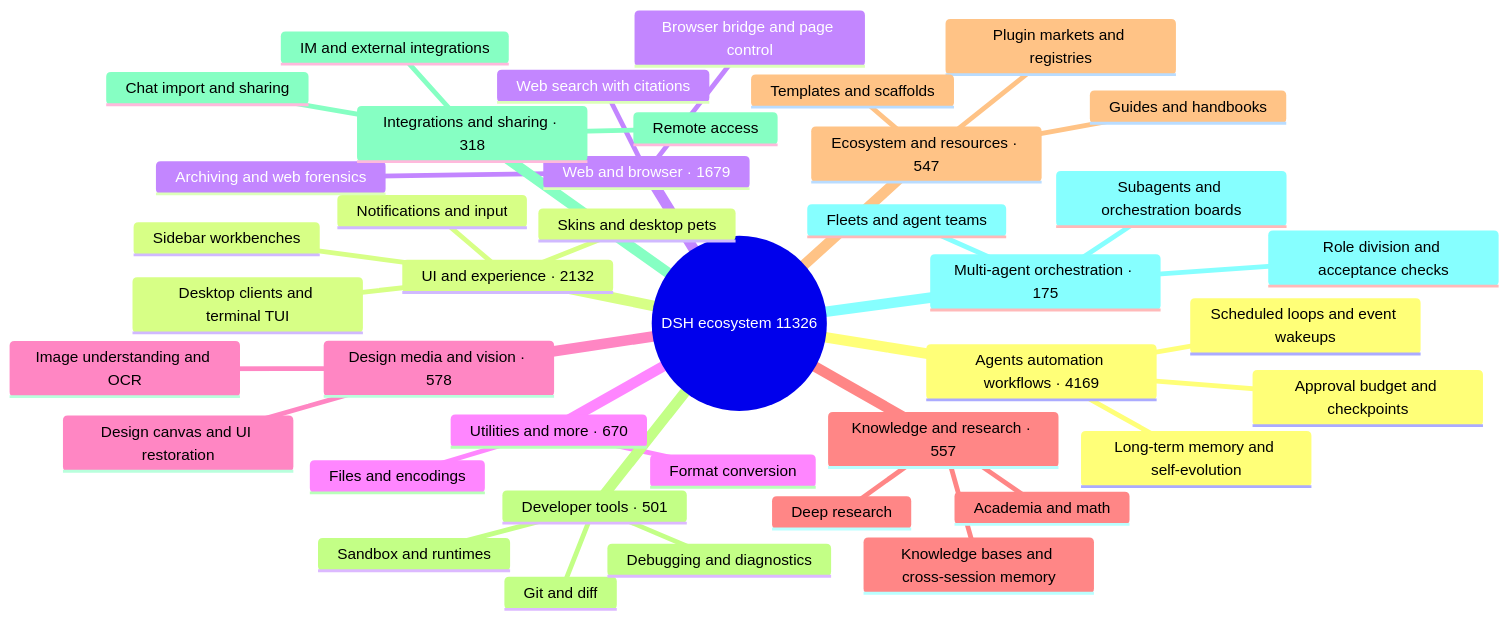
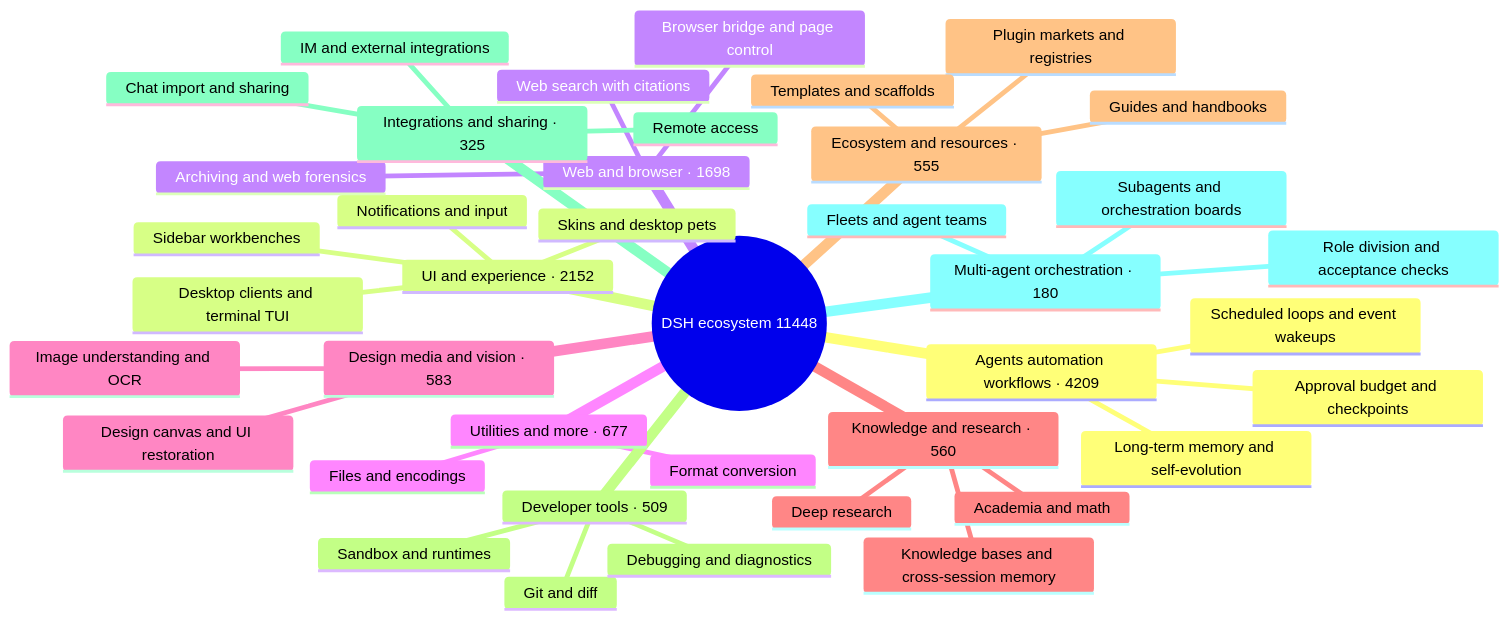
One commit to bruc3van/awesome-dsh-plugin changed the diagram in README_EN.md. Above: the diagram before and after it, drawn with Mermaid. The commit also changed other lines of this file and 20 other files, not shown here.

````diff
--- a/README_EN.md
+++ b/README_EN.md
@@ -33,43 +33,43 @@
 ```mermaid
 mindmap
-  root((DSH ecosystem 11326))
-    Agents automation workflows · 4169
+  root((DSH ecosystem 11448))
+    Agents automation workflows · 4209
       Scheduled loops and event wakeups
       Long-term memory and self-evolution
       Approval budget and checkpoints
-    UI and experience · 2132
+    UI and experience · 2152
       Desktop clients and terminal TUI
       Sidebar workbenches
       Skins and desktop pets
       Notifications and input
-    Web and browser · 1679
+    Web and browser · 1698
       Browser bridge and page control
       Web search with citations
       Archiving and web forensics
-    Utilities and more · 670
+    Utilities and more · 677
       Files and encodings
       Format conversion
-    Design media and vision · 578
+    Design media and vision · 583
       Image understanding and OCR
       Design canvas and UI restoration
-    Knowledge and research · 557
+    Knowledge and research · 560
       Knowledge bases and cross-session memory
       Deep research
       Academia and math
-    Ecosystem and resources · 547
+    Ecosystem and resources · 555
       Plugin markets and registries
       Templates and scaffolds
       Guides and handbooks
-    Developer tools · 501
+    Developer tools · 509
       Git and diff
       Sandbox and runtimes
       Debugging and diagnostics
-    Integrations and sharing · 318
+    Integrations and sharing · 325
       Chat import and sharing
       Remote access
       IM and external integrations
-    Multi-agent orchestration · 175
+    Multi-agent orchestration · 180
       Subagents and orchestration boards
       Fleets and agent teams
       Role division and acceptance checks
 ```
````
